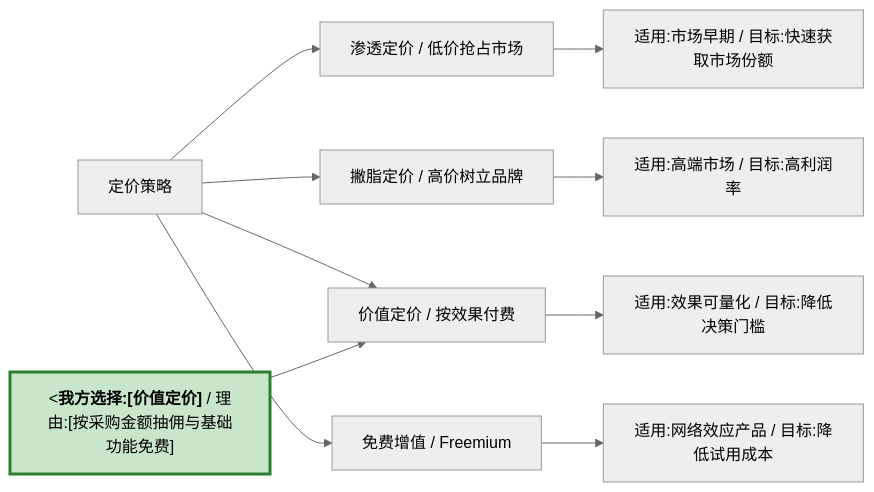
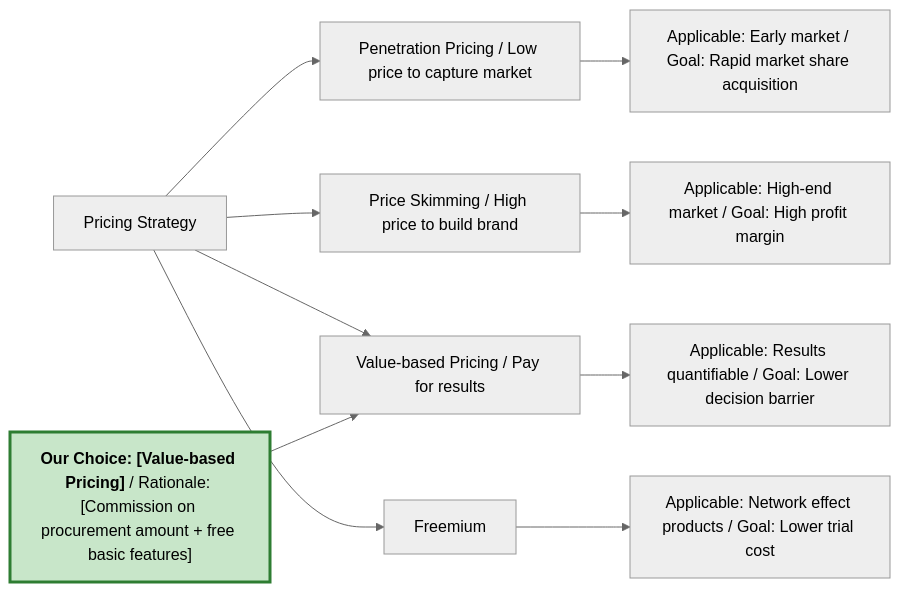
The tenth of 17 diagrams in templates/产品/战略层/【模板】市场需求文档.md (Kirky-X/cangjie), drawn with Mermaid (neutral theme) before and after one commit. The commit also changed other lines of this file and 60 other files, not shown here.

````diff
--- a/templates/产品/战略层/【模板】市场需求文档.md
+++ b/templates/产品/战略层/【模板】市场需求文档.md
@@ -533,15 +497,15 @@
 ```mermaid
 graph LR
-    A[定价策略] --> B[渗透定价 / 低价抢占市场]
-    A --> C[撇脂定价 / 高价树立品牌]
-    A --> D[价值定价 / 按效果付费]
-    A --> E[免费增值 / Freemium]
+    A[Pricing Strategy] --> B[Penetration Pricing / Low price to capture market]
+    A --> C[Price Skimming / High price to build brand]
+    A --> D[Value-based Pricing / Pay for results]
+    A --> E[Freemium]
 
-    B --> B1[适用:市场早期 / 目标:快速获取市场份额]
-    C --> C1[适用:高端市场 / 目标:高利润率]
-    D --> D1[适用:效果可量化 / 目标:降低决策门槛]
-    E --> E1[适用:网络效应产品 / 目标:降低试用成本]
+    B --> B1[Applicable: Early market / Goal: Rapid market share acquisition]
+    C --> C1[Applicable: High-end market / Goal: High profit margin]
+    D --> D1[Applicable: Results quantifiable / Goal: Lower decision barrier]
+    E --> E1[Applicable: Network effect products / Goal: Lower trial cost]
 
-    F["<<b>我方选择:[价值定价]</b> / 理由:[按采购金额抽佣与基础功能免费]"] --> D
+    F["<b>Our Choice: [Value-based Pricing]</b> / Rationale: [Commission on procurement amount + free basic features]"] --> D
     style F fill:#c8e6c9,stroke:#2e7d32,stroke-width:3px
 ```
````
